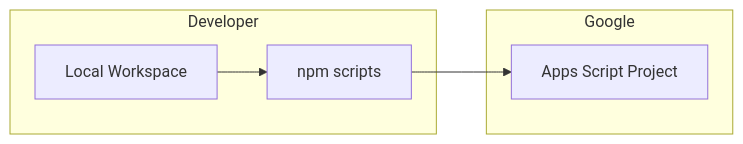
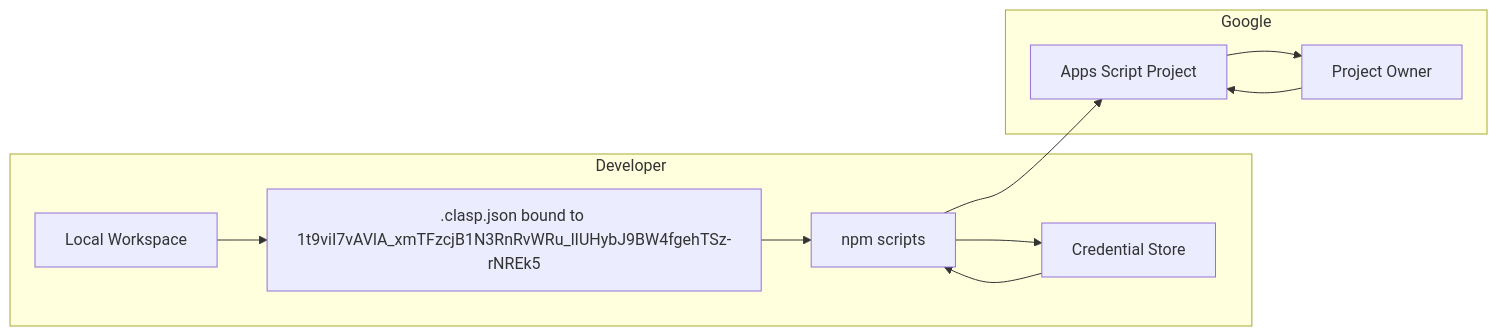
The fourth of 5 diagrams in README.md (muyueh/hello-claps), drawn with Mermaid before and after one commit. The commit also changed other lines of this file and 1 other file, not shown here.

Commit message:
chore: rebind clasp project

````diff
--- a/README.md
+++ b/README.md
@@ -35,11 +61,19 @@
 ```mermaid
 flowchart LR
   subgraph Developer
     D[Local Workspace]
+    F[.clasp.json bound to 1t9viI7vAVlA_xmTFzcjB1N3RnRvWRu_lIUHybJ9BW4fgehTSz-rNREk5]
     S[npm scripts]
+    C[Credential Store]
   end
   subgraph Google
     G[Apps Script Project]
+    O[Project Owner]
   end
-  D --> S --> G
+  D --> F --> S
+  S --> C
+  C --> S
+  S --> G
+  O --> G
+  G --> O
 ```
````
